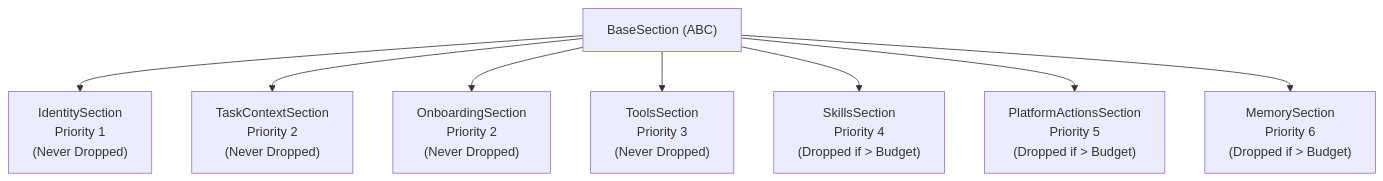
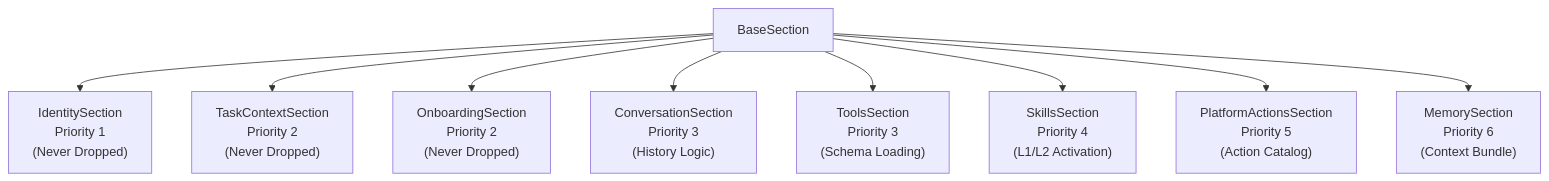
One commit to AutomatosAI/automatos-ai changed the first of 3 diagrams in docs/context-service/section-types.md. Above: the diagram before and after it, drawn with Mermaid. The commit also changed other lines of this file and 191 other files, not shown here.

````diff
--- a/docs/context-service/section-types.md
+++ b/docs/context-service/section-types.md
@@ -69,14 +58,14 @@
 ```mermaid
 graph TB
-    BaseSection["BaseSection (ABC)"]
-    
+    BaseSection["BaseSection"]
     P1["IdentitySection<br/>Priority 1<br/>(Never Dropped)"]
     P2["TaskContextSection<br/>Priority 2<br/>(Never Dropped)"]
     P2_1["OnboardingSection<br/>Priority 2<br/>(Never Dropped)"]
-    P3["ToolsSection<br/>Priority 3<br/>(Never Dropped)"]
-    P4["SkillsSection<br/>Priority 4<br/>(Dropped if > Budget)"]
-    P5["PlatformActionsSection<br/>Priority 5<br/>(Dropped if > Budget)"]
-    P6["MemorySection<br/>Priority 6<br/>(Dropped if > Budget)"]
-    
-    BaseSection --> P1 & P2 & P2_1 & P3 & P4 & P5 & P6
+    P3["ConversationSection<br/>Priority 3<br/>(History Logic)"]
+    P3_Tools["ToolsSection<br/>Priority 3<br/>(Schema Loading)"]
+    P4["SkillsSection<br/>Priority 4<br/>(L1/L2 Activation)"]
+    P5["PlatformActionsSection<br/>Priority 5<br/>(Action Catalog)"]
+    P6["MemorySection<br/>Priority 6<br/>(Context Bundle)"]
+
+    BaseSection --> P1 & P2 & P2_1 & P3 & P3_Tools & P4 & P5 & P6
 ```
````
